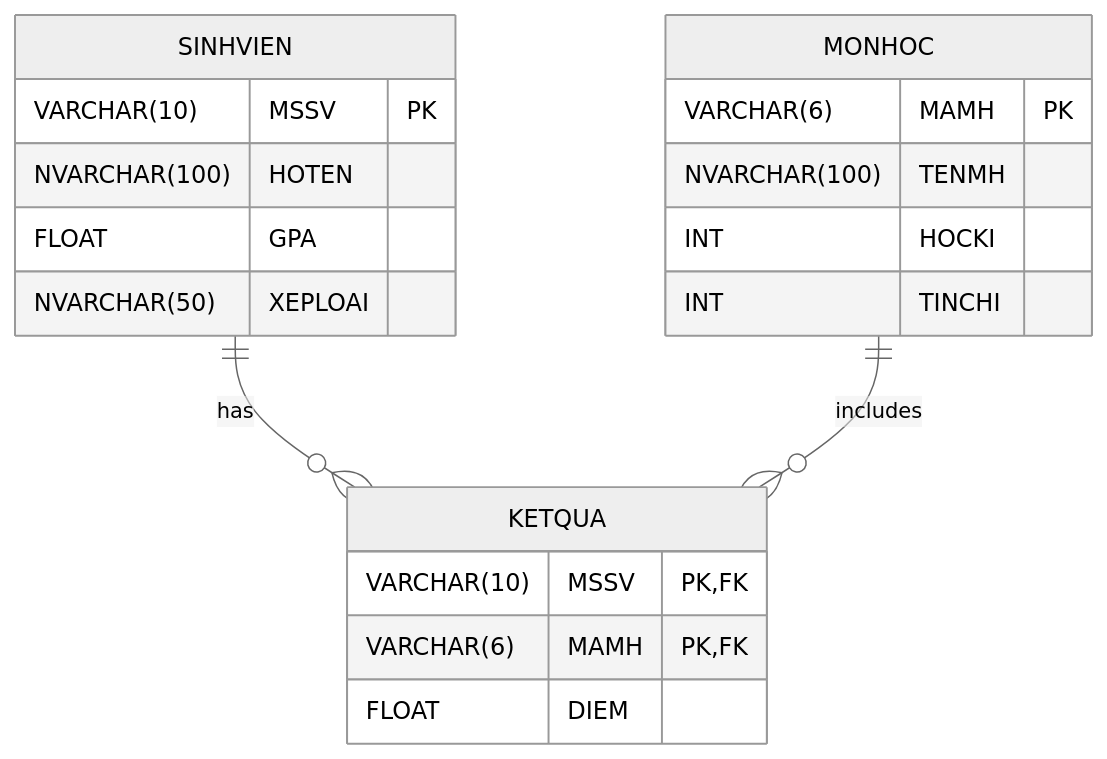
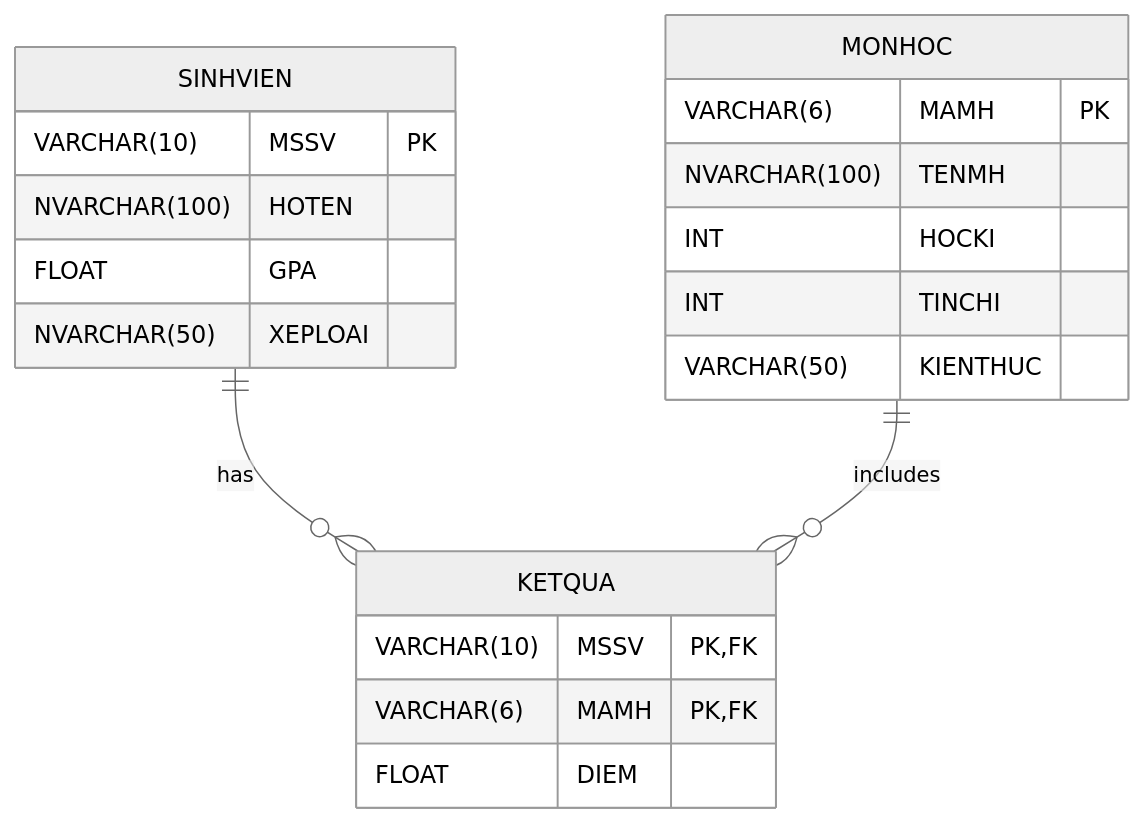
Before and after one commit to Bancie/LearningDB: the diagram in README.md, drawn with Mermaid (neutral theme). The commit also changed 3 other files, not shown here.

````diff
--- a/README.md
+++ b/README.md
@@ -4,25 +4,26 @@
 ```mermaid
 erDiagram
     MONHOC {
         VARCHAR(6) MAMH PK
         NVARCHAR(100) TENMH
         INT HOCKI
         INT TINCHI
+        VARCHAR(50) KIENTHUC
     }
 
     SINHVIEN {
         VARCHAR(10) MSSV PK
         NVARCHAR(100) HOTEN
         FLOAT GPA
         NVARCHAR(50) XEPLOAI
     }
 
     KETQUA {
         VARCHAR(10) MSSV PK, FK
         VARCHAR(6) MAMH PK, FK
         FLOAT DIEM
     }
 
     SINHVIEN ||--o{ KETQUA : has
     MONHOC   ||--o{ KETQUA : includes
 ```
````
